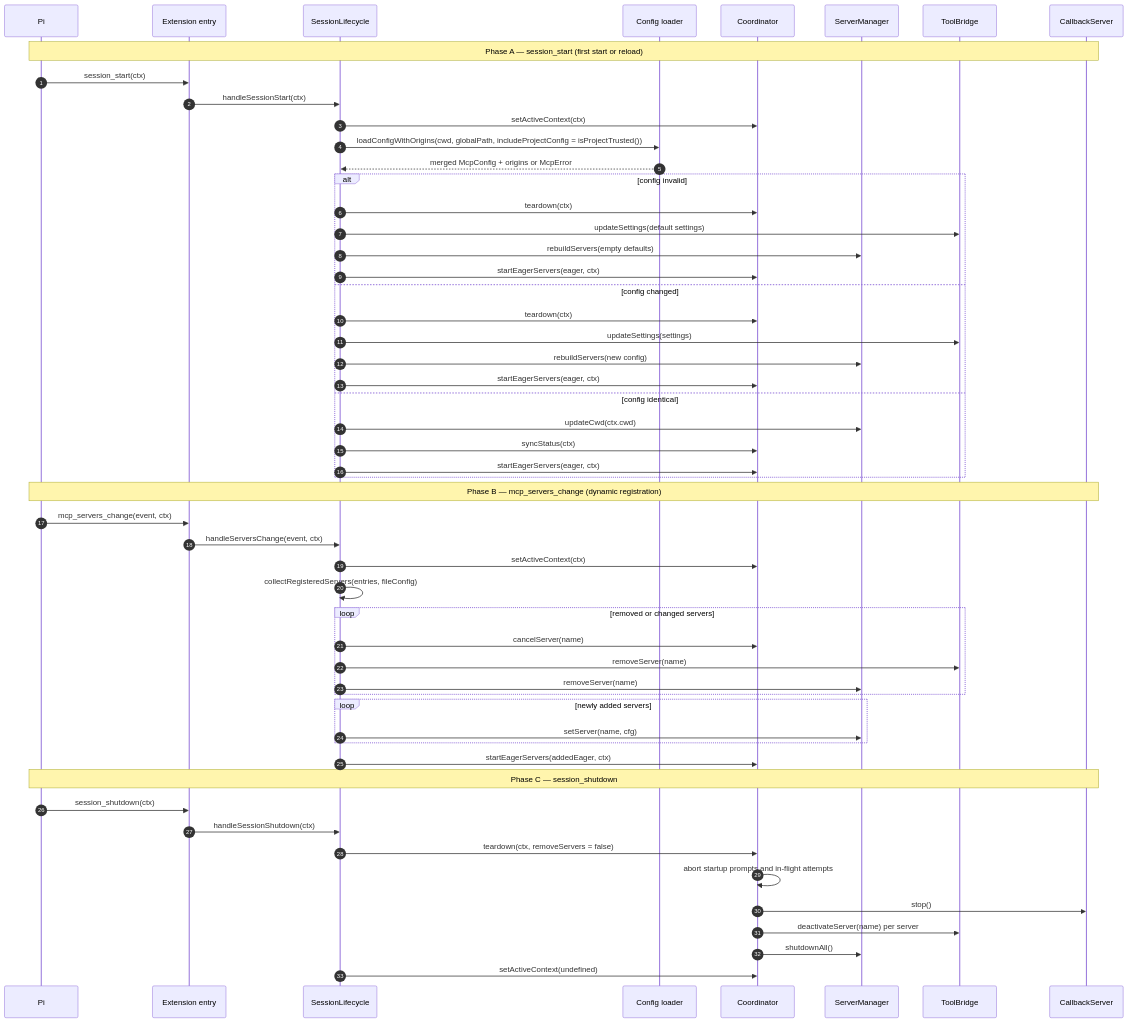
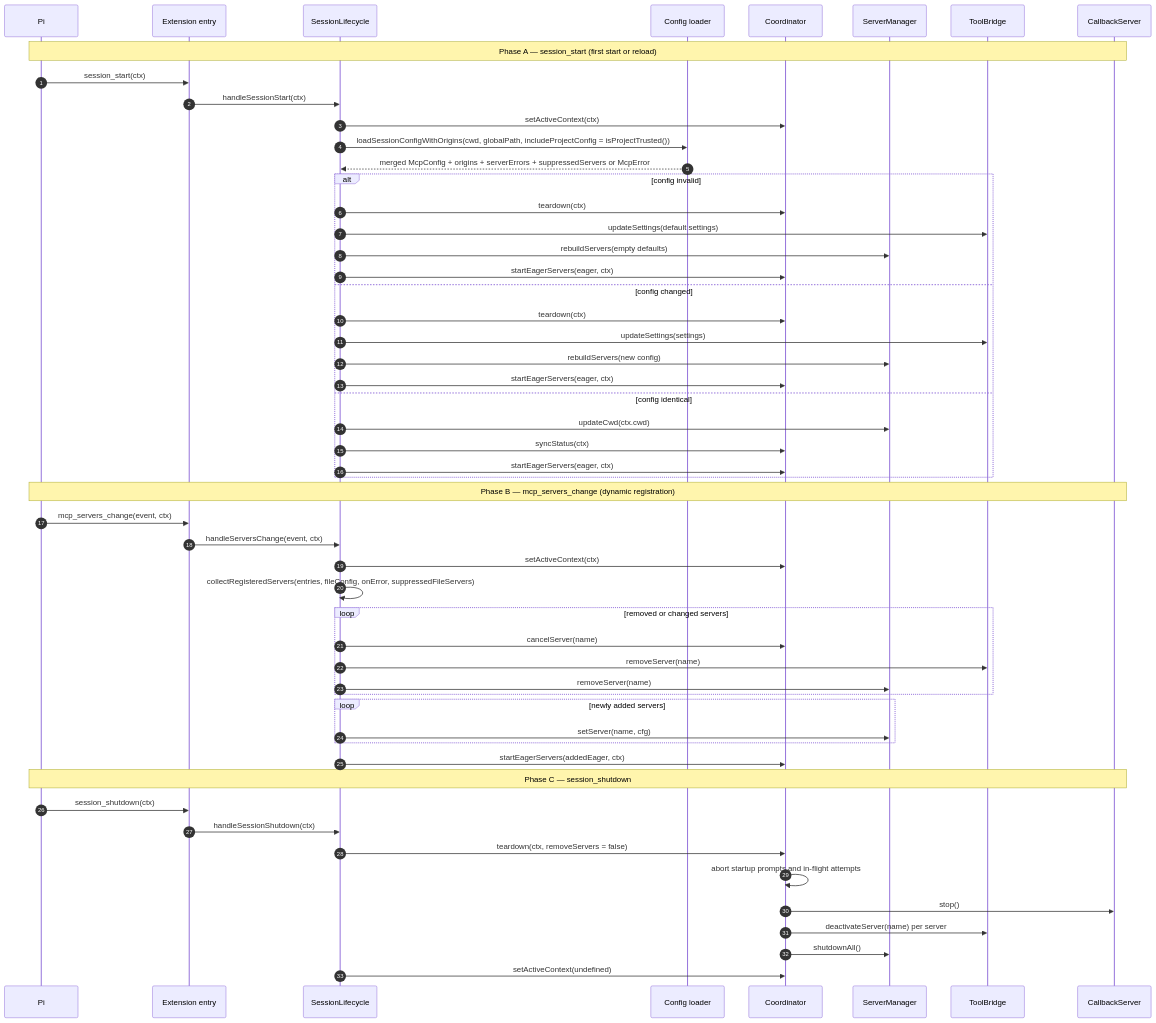
Before and after one commit to irahardianto/pi-mcp-extension: the third of 6 diagrams in docs/ARCHITECTURE.md, drawn with Mermaid. The commit also changed other lines of this file and 7 other files, not shown here.

First line of the commit message:
fix(config): isolate per-server mcp.json validation errors so one invalid server does not wipe healthy servers (#368)

````diff
--- a/docs/ARCHITECTURE.md
+++ b/docs/ARCHITECTURE.md
@@ -240,59 +240,59 @@
 ```mermaid
 sequenceDiagram
     autonumber
     participant Pi as Pi
     participant Entry as Extension entry
     participant Life as SessionLifecycle
     participant Cfg as Config loader
     participant Coord as Coordinator
     participant Mgr as ServerManager
     participant Bridge as ToolBridge
     participant CB as CallbackServer
 
     Note over Pi,CB: Phase A — session_start (first start or reload)
     Pi->>Entry: session_start(ctx)
     Entry->>Life: handleSessionStart(ctx)
     Life->>Coord: setActiveContext(ctx)
-    Life->>Cfg: loadConfigWithOrigins(cwd, globalPath, includeProjectConfig = isProjectTrusted())
-    Cfg-->>Life: merged McpConfig + origins or McpError
+    Life->>Cfg: loadSessionConfigWithOrigins(cwd, globalPath, includeProjectConfig = isProjectTrusted())
+    Cfg-->>Life: merged McpConfig + origins + serverErrors + suppressedServers or McpError
     alt config invalid
         Life->>Coord: teardown(ctx)
         Life->>Bridge: updateSettings(default settings)
         Life->>Mgr: rebuildServers(empty defaults)
         Life->>Coord: startEagerServers(eager, ctx)
     else config changed
         Life->>Coord: teardown(ctx)
         Life->>Bridge: updateSettings(settings)
         Life->>Mgr: rebuildServers(new config)
         Life->>Coord: startEagerServers(eager, ctx)
     else config identical
         Life->>Mgr: updateCwd(ctx.cwd)
         Life->>Coord: syncStatus(ctx)
         Life->>Coord: startEagerServers(eager, ctx)
     end
 
     Note over Pi,CB: Phase B — mcp_servers_change (dynamic registration)
     Pi->>Entry: mcp_servers_change(event, ctx)
     Entry->>Life: handleServersChange(event, ctx)
     Life->>Coord: setActiveContext(ctx)
-    Life->>Life: collectRegisteredServers(entries, fileConfig)
+    Life->>Life: collectRegisteredServers(entries, fileConfig, onError, suppressedFileServers)
     loop removed or changed servers
         Life->>Coord: cancelServer(name)
         Life->>Bridge: removeServer(name)
         Life->>Mgr: removeServer(name)
     end
     loop newly added servers
         Life->>Mgr: setServer(name, cfg)
     end
     Life->>Coord: startEagerServers(addedEager, ctx)
 
     Note over Pi,CB: Phase C — session_shutdown
     Pi->>Entry: session_shutdown(ctx)
     Entry->>Life: handleSessionShutdown(ctx)
     Life->>Coord: teardown(ctx, removeServers = false)
     Coord->>Coord: abort startup prompts and in-flight attempts
     Coord->>CB: stop()
     Coord->>Bridge: deactivateServer(name) per server
     Coord->>Mgr: shutdownAll()
     Life->>Coord: setActiveContext(undefined)
 ```
````
